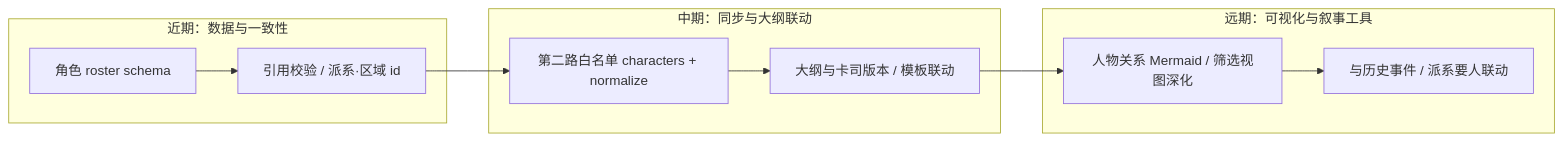
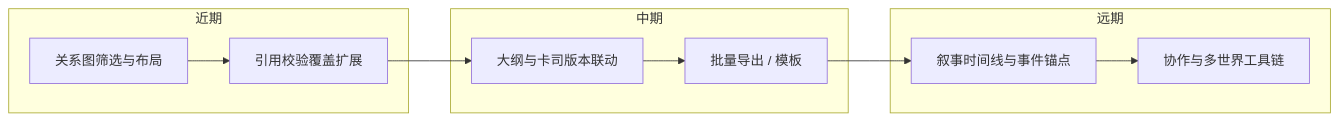
One commit to Lucas-Wang-THU/Magic_Creater_World changed the fourth of 4 diagrams in README.md. Above: the diagram before and after it, drawn with Mermaid. The commit also changed other lines of this file, not shown here.

````diff
--- a/README.md
+++ b/README.md
@@ -136,20 +195,20 @@
 ```mermaid
 flowchart LR
-  subgraph 近期["近期：数据与一致性"]
-    M1[角色 roster schema]
-    M2[引用校验 / 派系·区域 id]
+  subgraph 近期["近期"]
+    A1[关系图筛选与布局]
+    A2[引用校验覆盖扩展]
   end
-  subgraph 中期["中期：同步与大纲联动"]
-    G1[第二路白名单 characters + normalize]
-    G2[大纲与卡司版本 / 模板联动]
+  subgraph 中期["中期"]
+    B1[大纲与卡司版本联动]
+    B2[批量导出 / 模板]
   end
-  subgraph 远期["远期：可视化与叙事工具"]
-    V1[人物关系 Mermaid / 筛选视图深化]
-    V2[与历史事件 / 派系要人联动]
+  subgraph 远期["远期"]
+    C1[叙事时间线与事件锚点]
+    C2[协作与多世界工具链]
   end
-  M1 --> M2
-  M2 --> G1
-  G1 --> G2
-  G2 --> V1
-  V1 --> V2
+  A1 --> A2
+  A2 --> B1
+  B1 --> B2
+  B2 --> C1
+  C1 --> C2
 ```
````
